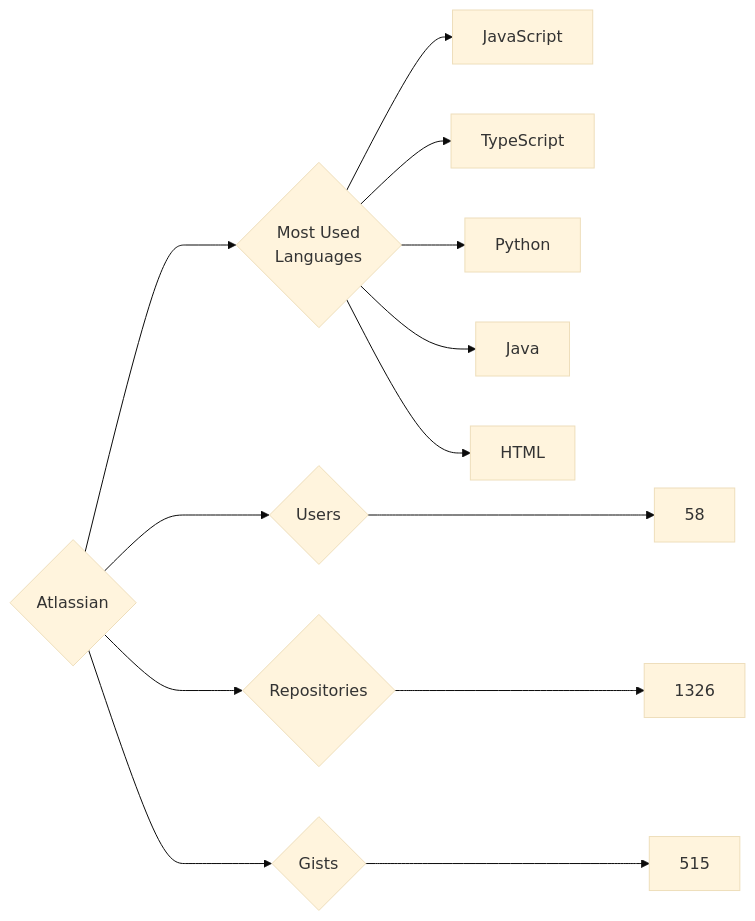
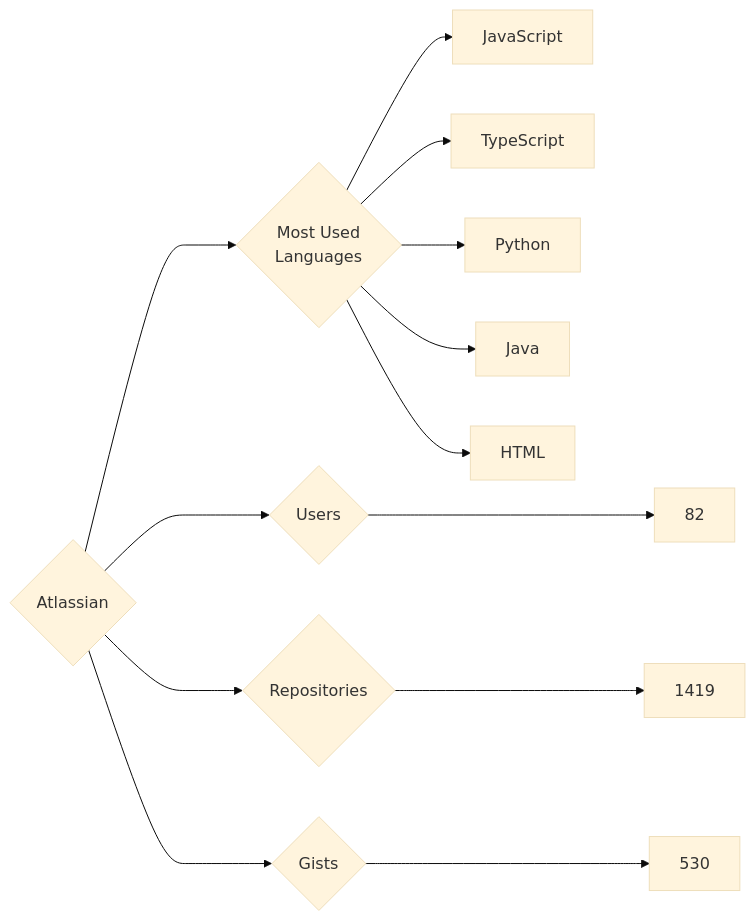
One commit to trickest/insiders changed the diagram in targets/Atlassian/README.md. Above: the diagram before and after it, drawn with Mermaid (base theme). The commit also changed 927 other files, not shown here.

````diff
--- a/targets/Atlassian/README.md
+++ b/targets/Atlassian/README.md
@@ -3,13 +3,13 @@
 ```mermaid
 graph LR
 COMPANY_NAME{Atlassian}
-COMPANY_NAME ---> U{Users} ---> UN[58]
-COMPANY_NAME ---> R{Repositories} ---> RN[1326]
-COMPANY_NAME ---> G{Gists} ---> GN[515]
+COMPANY_NAME ---> U{Users} ---> UN[82]
+COMPANY_NAME ---> R{Repositories} ---> RN[1419]
+COMPANY_NAME ---> G{Gists} ---> GN[530]
 COMPANY_NAME ---> ML{Most Used<br>Languages}
 ML --> JavaScript[JavaScript]
 ML --> TypeScript[TypeScript]
 ML --> Python[Python]
 ML --> Java[Java]
 ML --> HTML[HTML]
 ```
````
